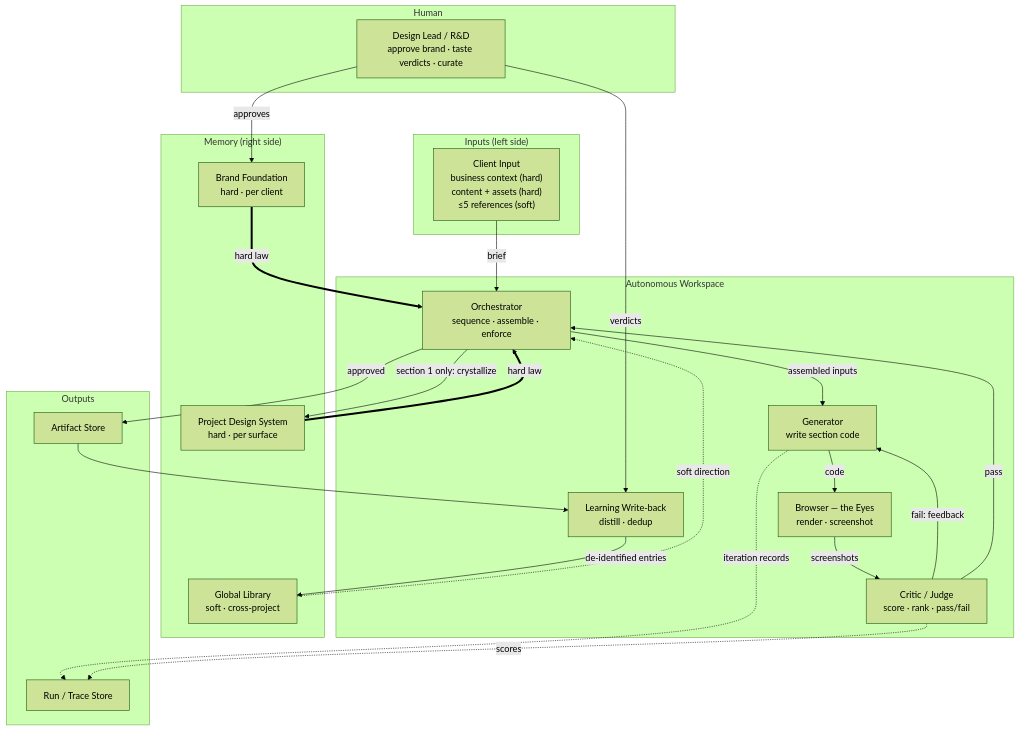
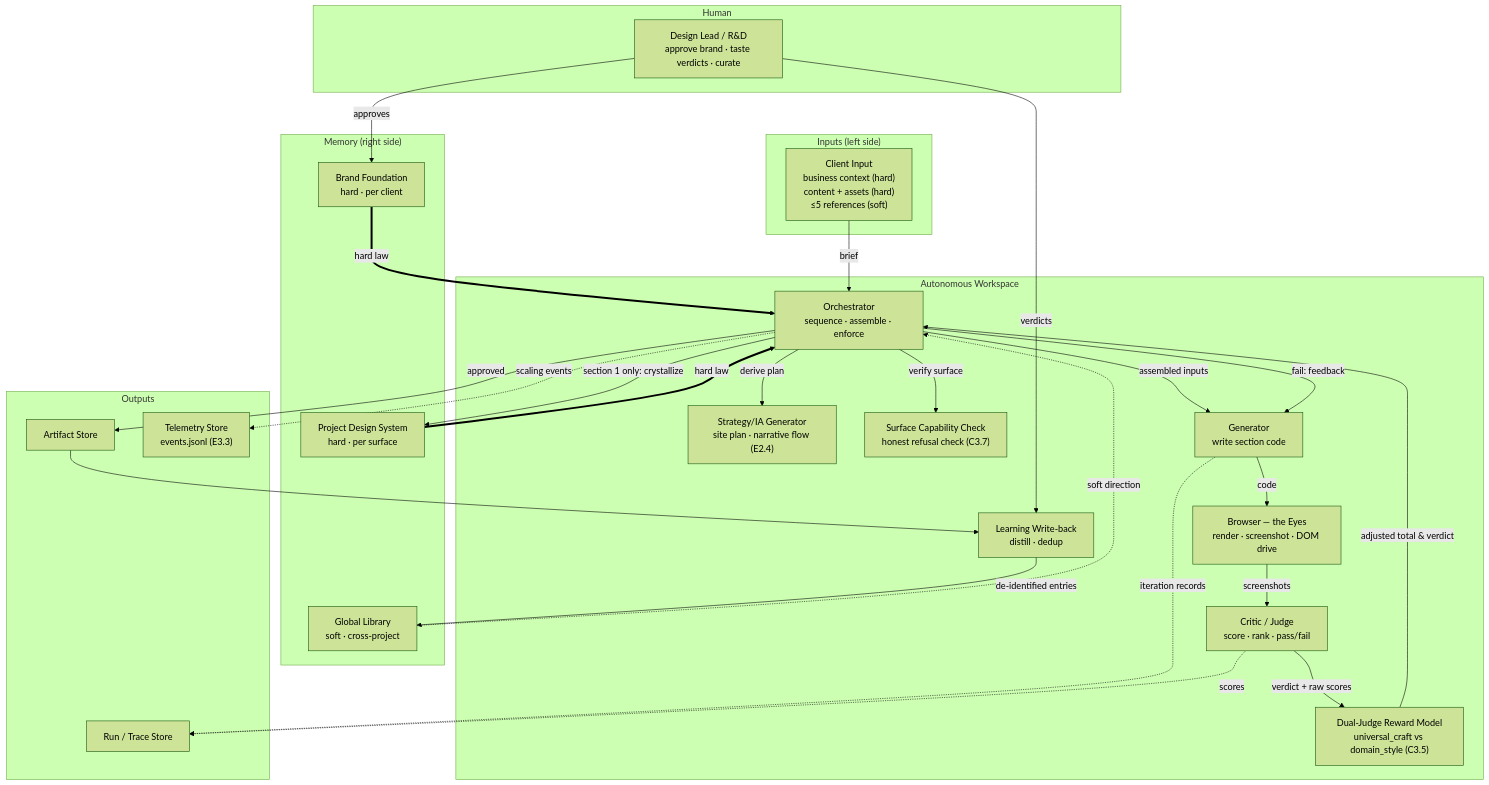
Before and after one commit to dev8xofficial/TroopHunter: the diagram in future-pipeline/autonomous-design-engine/spec/01-actors-and-components.md, drawn with Mermaid (forest theme). The commit also changed other lines of this file and 139 other files, not shown here.

````diff
--- a/future-pipeline/autonomous-design-engine/spec/01-actors-and-components.md
+++ b/future-pipeline/autonomous-design-engine/spec/01-actors-and-components.md
@@ -31,50 +31,58 @@
 ```mermaid
 flowchart TB
     subgraph HUMAN["Human"]
         DL["Design Lead / R&D\napprove brand · taste verdicts · curate"]
     end
 
     subgraph INPUT["Inputs (left side)"]
         CI["Client Input\nbusiness context (hard)\ncontent + assets (hard)\n≤5 references (soft)"]
     end
 
     subgraph WORKSPACE["Autonomous Workspace"]
         ORCH["Orchestrator\nsequence · assemble · enforce"]
+        STRAT["Strategy/IA Generator\nsite plan · narrative flow (E2.4)"]
+        CAP["Surface Capability Check\nhonest refusal check (C3.7)"]
         GEN["Generator\nwrite section code"]
         CRIT["Critic / Judge\nscore · rank · pass/fail"]
-        EYES["Browser — the Eyes\nrender · screenshot"]
+        RM["Dual-Judge Reward Model\nuniversal_craft vs domain_style (C3.5)"]
+        EYES["Browser — the Eyes\nrender · screenshot · DOM drive"]
         WB["Learning Write-back\ndistill · dedup"]
     end
 
     subgraph MEMORY["Memory (right side)"]
         LIB["Global Library\nsoft · cross-project"]
         BRAND["Brand Foundation\nhard · per client"]
         PDS["Project Design System\nhard · per surface"]
     end
 
     subgraph OUT["Outputs"]
         ART["Artifact Store"]
         TRACE["Run / Trace Store"]
+        TEL["Telemetry Store\nevents.jsonl (E3.3)"]
     end
 
     DL -->|approves| BRAND
     DL -->|verdicts| WB
     CI -->|brief| ORCH
+    ORCH -->|verify surface| CAP
+    ORCH -->|derive plan| STRAT
 
     ORCH -->|assembled inputs| GEN
     GEN -->|code| EYES
     EYES -->|screenshots| CRIT
-    CRIT -->|fail: feedback| GEN
-    CRIT -->|pass| ORCH
+    CRIT -->|verdict + raw scores| RM
+    RM -->|adjusted total & verdict| ORCH
+    ORCH -->|fail: feedback| GEN
 
     LIB -.soft direction.-> ORCH
     BRAND ==hard law==> ORCH
     PDS ==hard law==> ORCH
 
     ORCH -->|section 1 only: crystallize| PDS
     ORCH -->|approved| ART
     GEN -.iteration records.-> TRACE
     CRIT -.scores.-> TRACE
+    ORCH -.scaling events.-> TEL
     ART --> WB
     WB -->|de-identified entries| LIB
 ```
````
